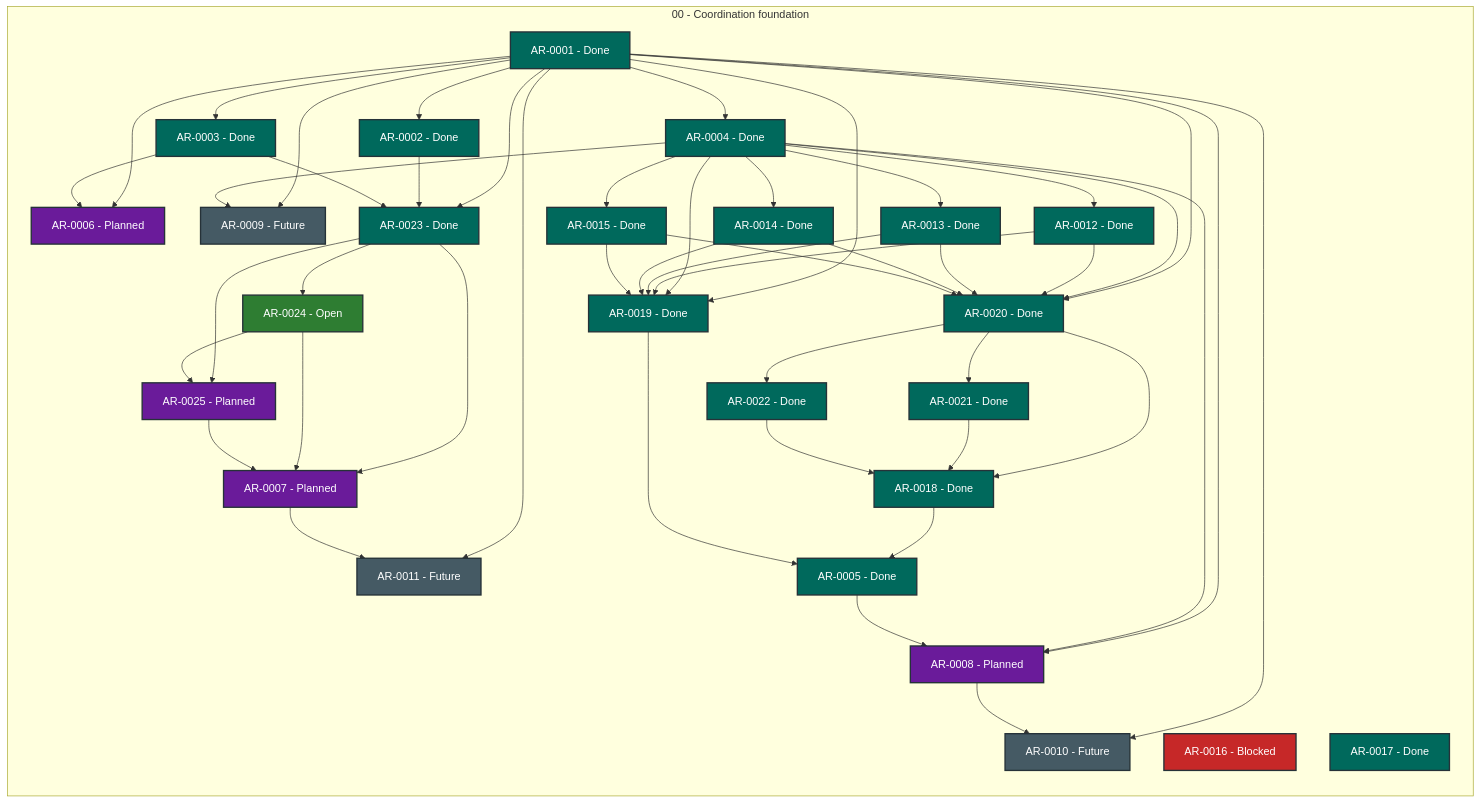
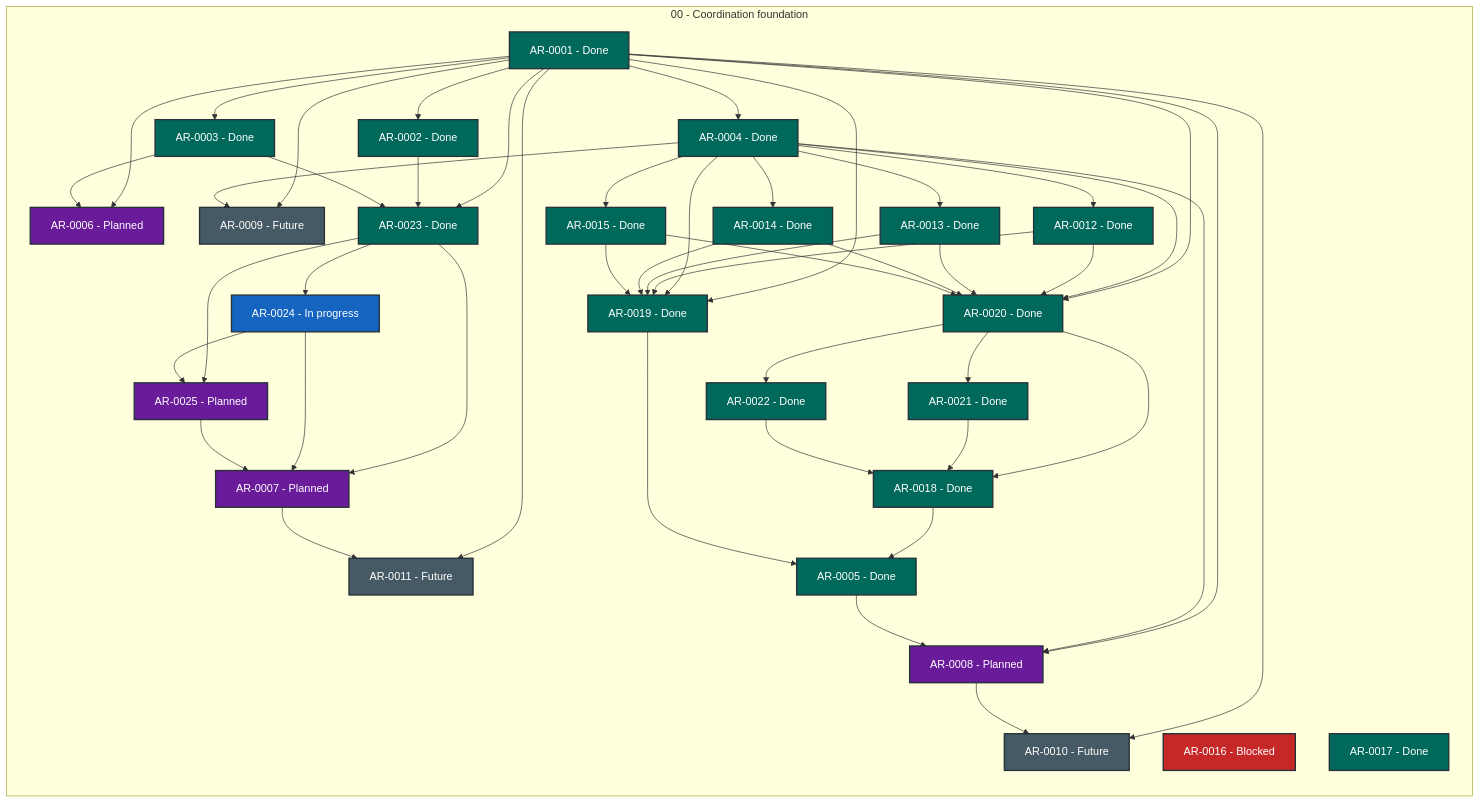
The diagram in STATUS.md (martin-beck/agent-workflow-quality-state), drawn with Mermaid before and after one commit. The commit also changed other lines of this file and 2 other files, not shown here.

```diff
--- a/STATUS.md
+++ b/STATUS.md
@@ -51,7 +51,7 @@
         AR_0021["AR-0021 - Done"]:::status_done
         AR_0022["AR-0022 - Done"]:::status_done
         AR_0023["AR-0023 - Done"]:::status_done
-        AR_0024["AR-0024 - Open"]:::status_open
+        AR_0024["AR-0024 - In progress"]:::status_in_progress
         AR_0025["AR-0025 - Planned"]:::status_planned
     end
     AR_0001 --> AR_0002
```
